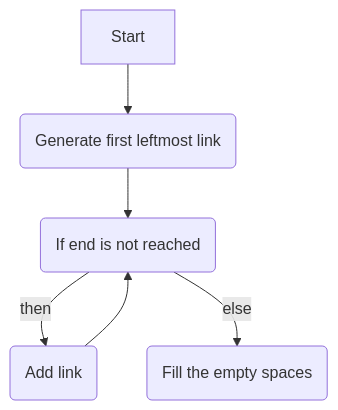
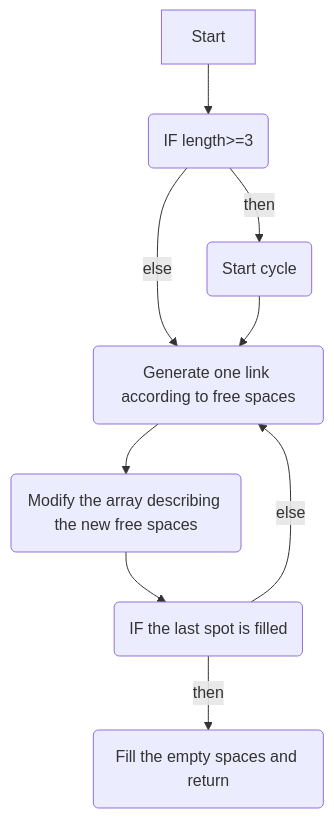
Before and after one commit to Nikita-Babich/entangled: the diagram in README.md, drawn with Mermaid.

Commit message:
Flowchart update

````diff
--- a/README.md
+++ b/README.md
@@ -9,10 +9,14 @@
 ```mermaid
 flowchart TD
 
-Start --> id1(Generate first leftmost link)
-id1 --> id2(If end is not reached)
-id2 -->|then| id3(Add link)
-id3 --> id2
-id2 -->|else| id4(Fill the empty spaces)
+Start --> id1(IF length>=3)
+id1 -->|then| id2(Start cycle)
+id1 -->|else| id3(Generate trivial case and return)
 
+id2 --> id3(Generate one link according to free spaces)
+id3 --> id4(Modify the array describing the new free spaces)
+id4 --> id5(IF the last spot is filled)
+
+id5 -->|then| id6(Fill the empty spaces and return)
+id5 -->|else| id3
 ```
````
